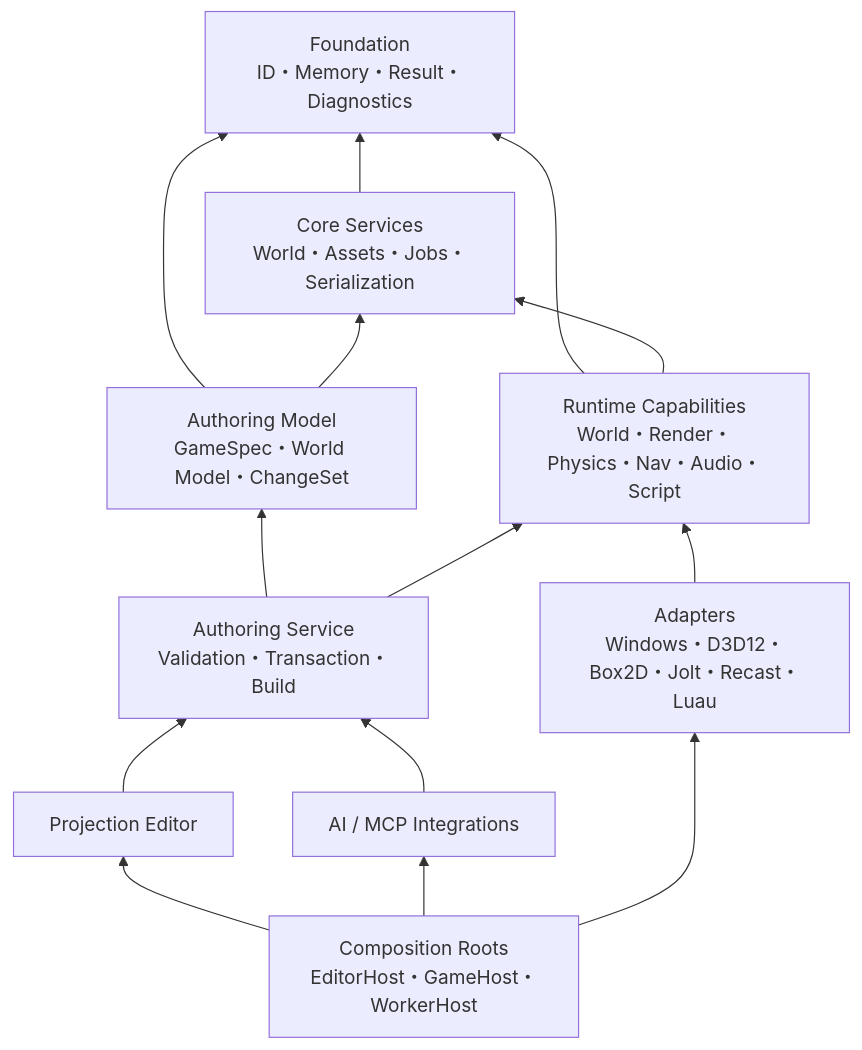
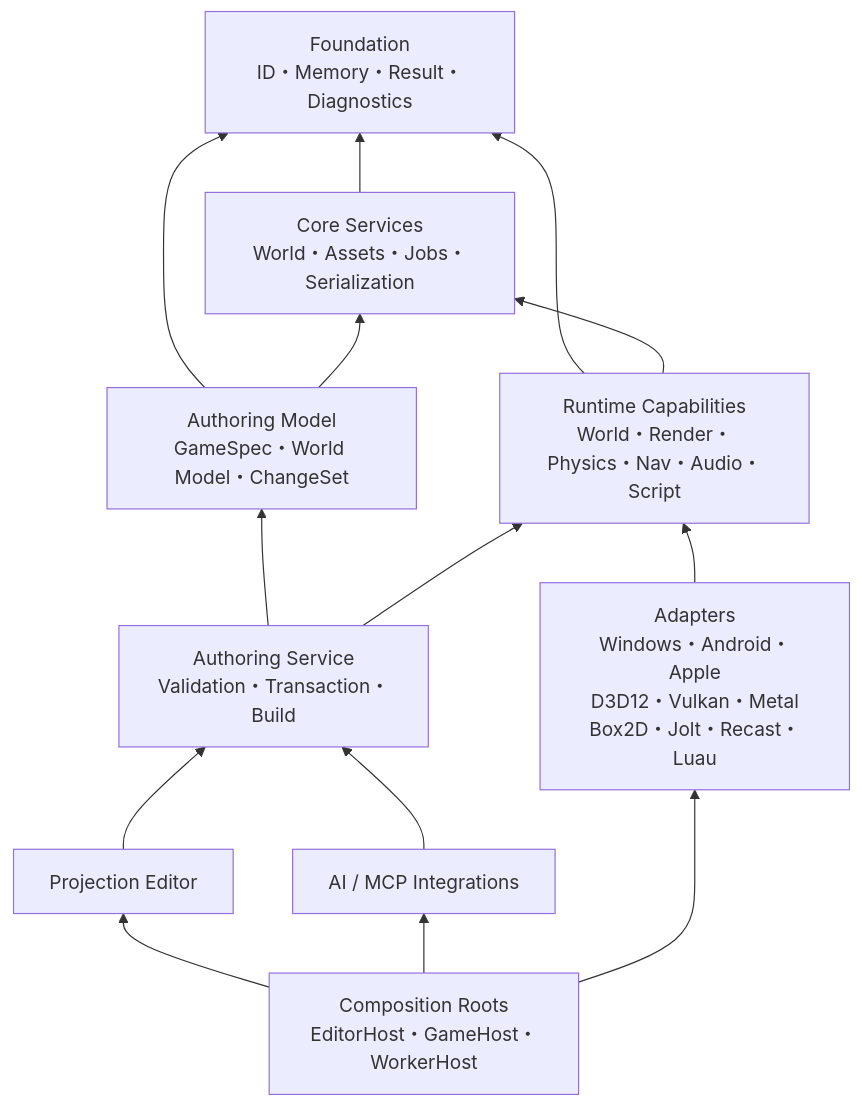
Before and after one commit to y2ikgm89/miraikanai-engine: the diagram in docs/superpowers/specs/2026-07-19-engine-foundation-architecture-design.md, drawn with Mermaid. The commit also changed other lines of this file and 4 other files, not shown here.

Commit message:
docs: define Android and Apple mobile platform architecture

````diff
--- a/docs/superpowers/specs/2026-07-19-engine-foundation-architecture-design.md
+++ b/docs/superpowers/specs/2026-07-19-engine-foundation-architecture-design.md
@@ -156,26 +161,26 @@
 ```mermaid
 flowchart BT
   Foundation["Foundation\nID・Memory・Result・Diagnostics"]
   CoreServices["Core Services\nWorld・Assets・Jobs・Serialization"]
   Model["Authoring Model\nGameSpec・World Model・ChangeSet"]
   Runtime["Runtime Capabilities\nWorld・Render・Physics・Nav・Audio・Script"]
-  Adapters["Adapters\nWindows・D3D12・Box2D・Jolt・Recast・Luau"]
+  Adapters["Adapters\nWindows・Android・Apple\nD3D12・Vulkan・Metal\nBox2D・Jolt・Recast・Luau"]
   Authoring["Authoring Service\nValidation・Transaction・Build"]
   Editor["Projection Editor"]
   Integrations["AI / MCP Integrations"]
   Hosts["Composition Roots\nEditorHost・GameHost・WorkerHost"]
 
   CoreServices --> Foundation
   Model --> Foundation
   Model --> CoreServices
   Runtime --> Foundation
   Runtime --> CoreServices
   Adapters --> Runtime
   Authoring --> Model
   Authoring --> Runtime
   Editor --> Authoring
   Integrations --> Authoring
   Hosts --> Editor
   Hosts --> Integrations
   Hosts --> Adapters
 ```
````
